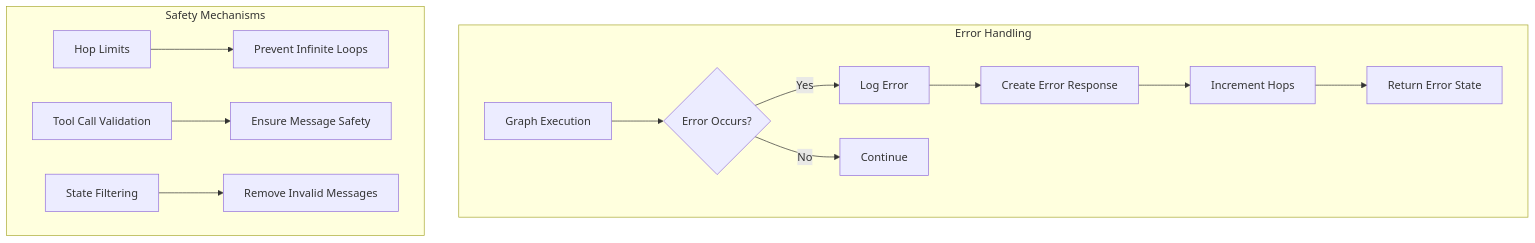
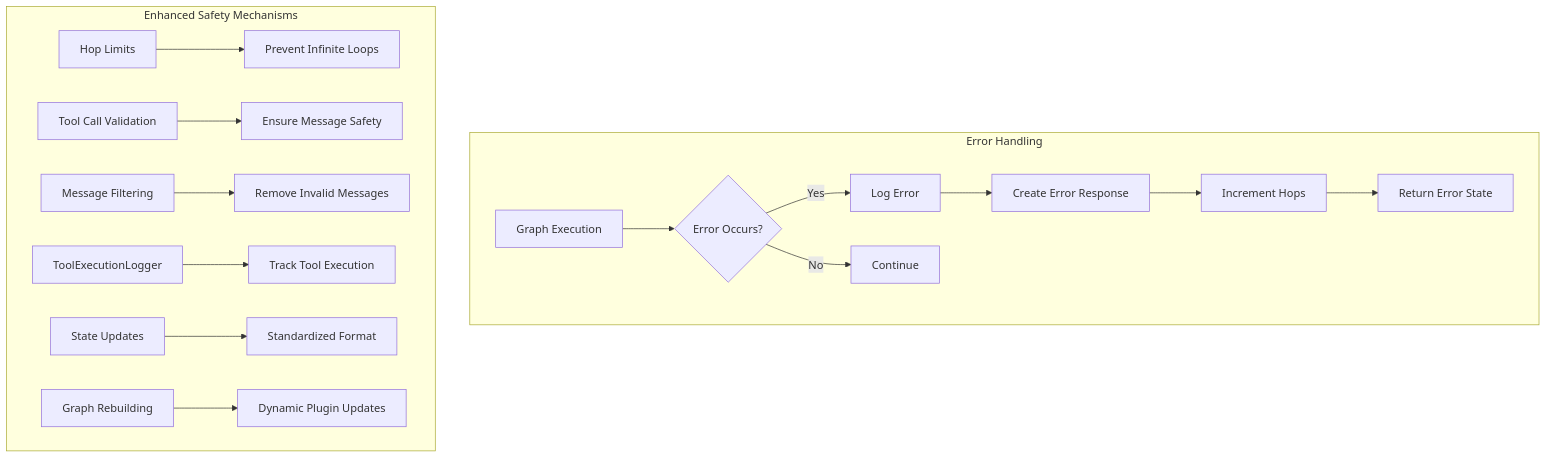
Diagram 18 of 19 in docs/concepts/langgraph-architecture.md (jonaskahn/cadence), drawn with Mermaid before and after one commit. The commit also changed other lines of this file and 37 other files, not shown here.

````diff
--- a/docs/concepts/langgraph-architecture.md
+++ b/docs/concepts/langgraph-architecture.md
@@ -776,18 +1049,21 @@
 ```mermaid
 graph TB
     subgraph "Error Handling"
         A[Graph Execution] --> B{Error Occurs?}
         B -->|Yes| C[Log Error]
         B -->|No| D[Continue]
         
         C --> E[Create Error Response]
         E --> F[Increment Hops]
         F --> G[Return Error State]
     end
     
-    subgraph "Safety Mechanisms"
+    subgraph "Enhanced Safety Mechanisms"
         H[Hop Limits] --> I[Prevent Infinite Loops]
         J[Tool Call Validation] --> K[Ensure Message Safety]
-        L[State Filtering] --> M[Remove Invalid Messages]
+        L[Message Filtering] --> M[Remove Invalid Messages]
+        N[ToolExecutionLogger] --> O[Track Tool Execution]
+        P[State Updates] --> Q[Standardized Format]
+        R[Graph Rebuilding] --> S[Dynamic Plugin Updates]
     end
 ```
````
